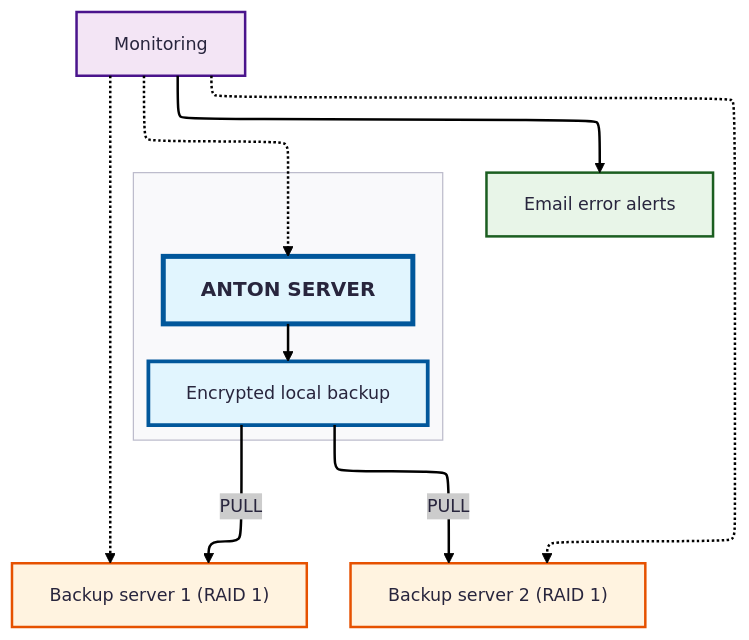
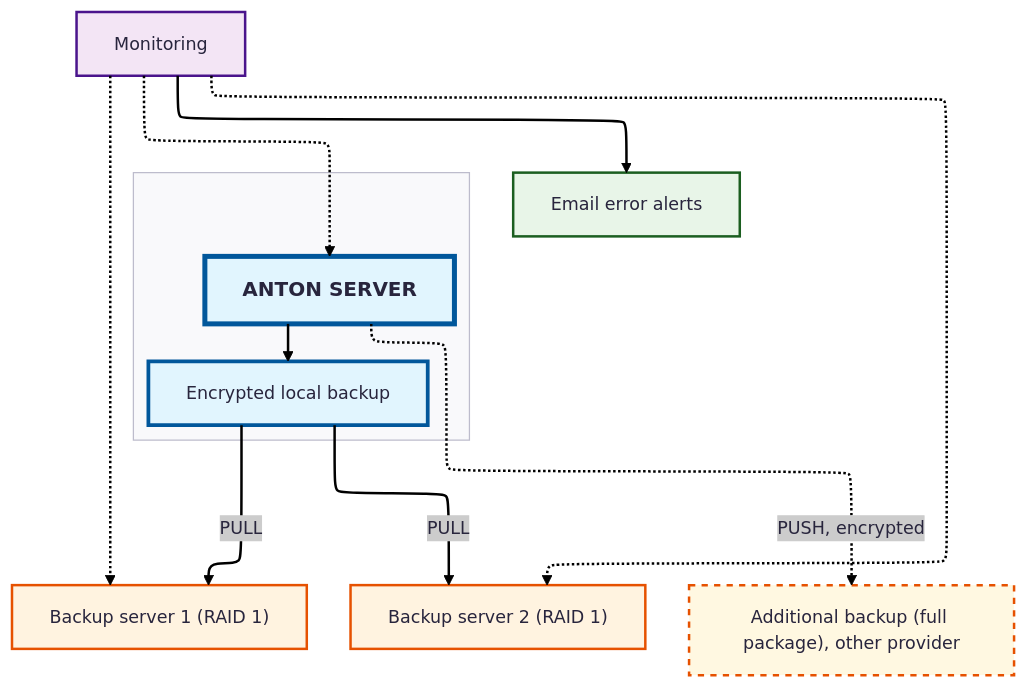
Before and after one commit to kraenzle-ritter/anton-documentation: the diagram in docs/faq/infrastructure.en.md, drawn with Mermaid. The commit also changed other lines of this file and 11 other files, not shown here.

Commit message:
docs(faq): digital archive with basic offer and full package (two packages), OAIS functions, NDSA levels with PDFs; additional backup in infrastructure and Anton as a Service

````diff
--- a/docs/faq/infrastructure.en.md
+++ b/docs/faq/infrastructure.en.md
@@ -3,40 +3,43 @@
 ```mermaid
 ---
 config:
   theme: redux
   layout: elk
 ---
 flowchart TB
     subgraph prod[" "]
         U["ANTON SERVER"]
         UB[Encrypted local backup]
     end
 
     A["Backup server 1 (RAID 1)"]
     L["Backup server 2 (RAID 1)"]
     G[Monitoring]
     E[Email error alerts]
     %% Backup connections
     U --> UB
     UB -->|PULL| A
     UB -->|PULL| L
+    U -.->|PUSH, encrypted| Z["Additional backup (full package), other provider"]
     
     %% Monitoring
     G -.-> U
     G -.-> A
     G -.-> L
     G --> E
     
     %% Styling
     classDef production fill:#e1f5fe,stroke:#01579b,stroke-width:3px
     classDef backup fill:#fff3e0,stroke:#e65100,stroke-width:2px
+    classDef extra fill:#fff8e1,stroke:#e65100,stroke-width:2px,stroke-dasharray: 5 5
     classDef monitoring fill:#f3e5f5,stroke:#4a148c,stroke-width:2px
     classDef notification fill:#e8f5e8,stroke:#1b5e20,stroke-width:2px
     classDef main fill:#e1f5fe,stroke:#01579b,stroke-width:4px,font-size:16px,font-weight:bold
     
     class UB production
     class A,L backup
+    class Z extra
     class G monitoring
     class E notification
     class U main
 ```
````
